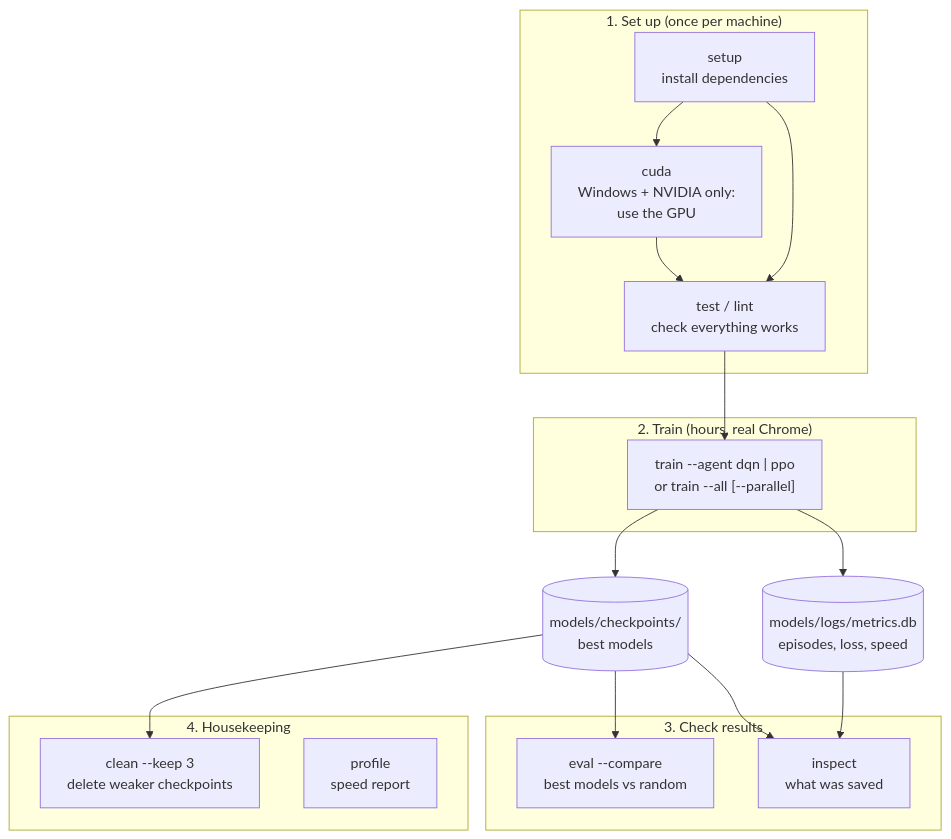
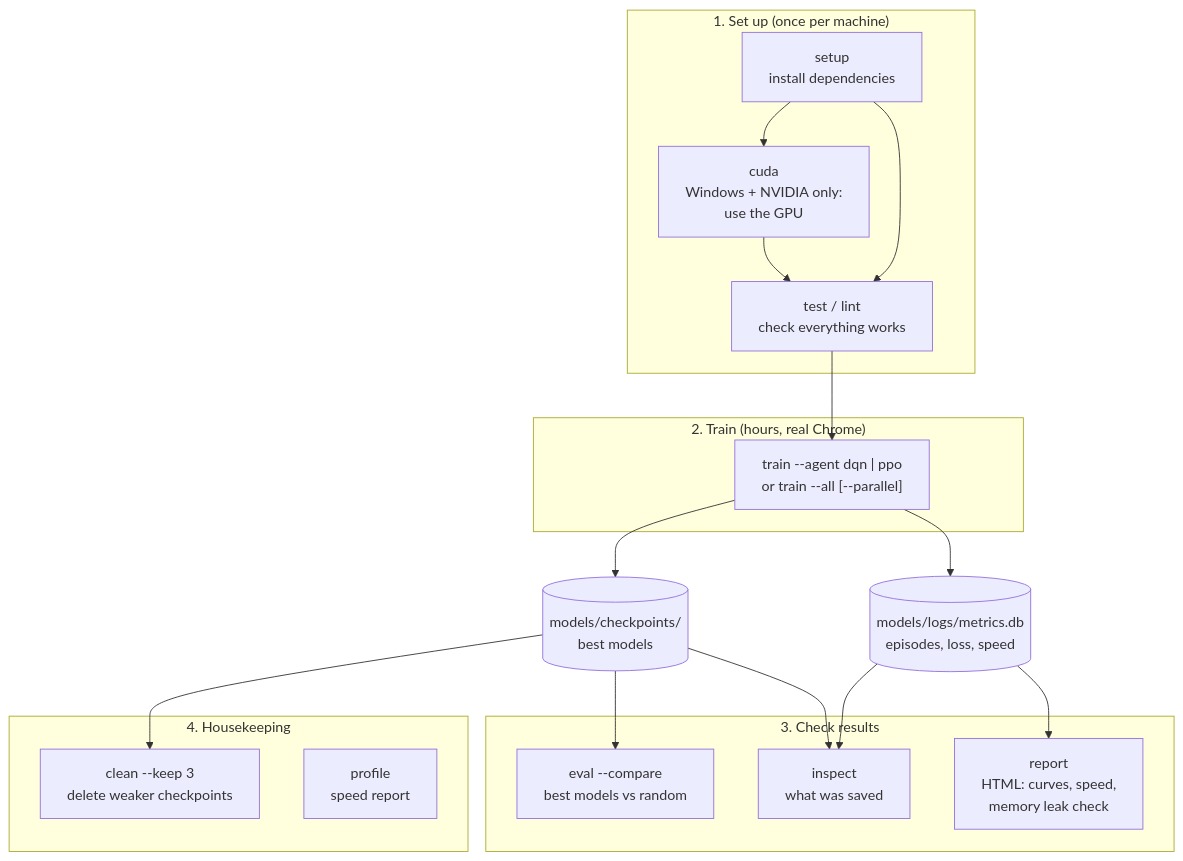
One commit to S09Z/dino-decision-ai changed the diagram in docs/WORKFLOW.mermaid. Above: the diagram before and after it, drawn with Mermaid. The commit also changed 9 other files, not shown here.

First line of the commit message:
feat(profiling): HTML training report with a memory-leak check

```diff
--- a/docs/WORKFLOW.mermaid
+++ b/docs/WORKFLOW.mermaid
@@ -1,35 +1,37 @@
 %% How the commands fit together. Run each as `make <cmd>` (macOS/Linux),
 %% `.\make.ps1 <cmd>` (Windows) or `poetry run dino-ai <cmd>` (train/eval/inspect/clean/profile).
 flowchart TD
     subgraph S1["1. Set up (once per machine)"]
         setup["setup<br/>install dependencies"]
         cuda["cuda<br/>Windows + NVIDIA only:<br/>use the GPU"]
         test["test / lint<br/>check everything works"]
         setup --> cuda --> test
         setup --> test
     end
 
     subgraph S2["2. Train (hours, real Chrome)"]
         train["train --agent dqn | ppo<br/>or train --all [--parallel]"]
     end
 
     subgraph S3["3. Check results"]
         eval["eval --compare<br/>best models vs random"]
         inspect["inspect<br/>what was saved"]
+        report["report<br/>HTML: curves, speed,<br/>memory leak check"]
     end
 
     subgraph S4["4. Housekeeping"]
         clean["clean --keep 3<br/>delete weaker checkpoints"]
         profile["profile<br/>speed report"]
     end
 
     ckpt[("models/checkpoints/<br/>best models")]
     db[("models/logs/metrics.db<br/>episodes, loss, speed")]
 
     test --> train
     train --> ckpt
     train --> db
     ckpt --> eval
     ckpt --> inspect
     db --> inspect
+    db --> report
     ckpt --> clean
```
